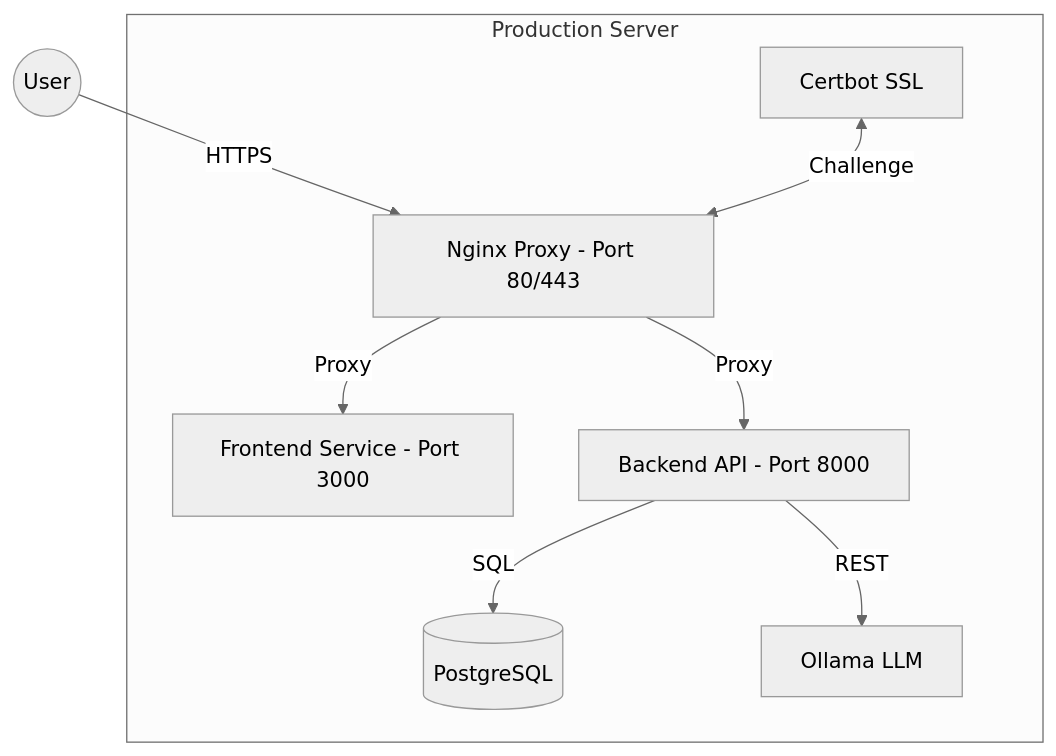
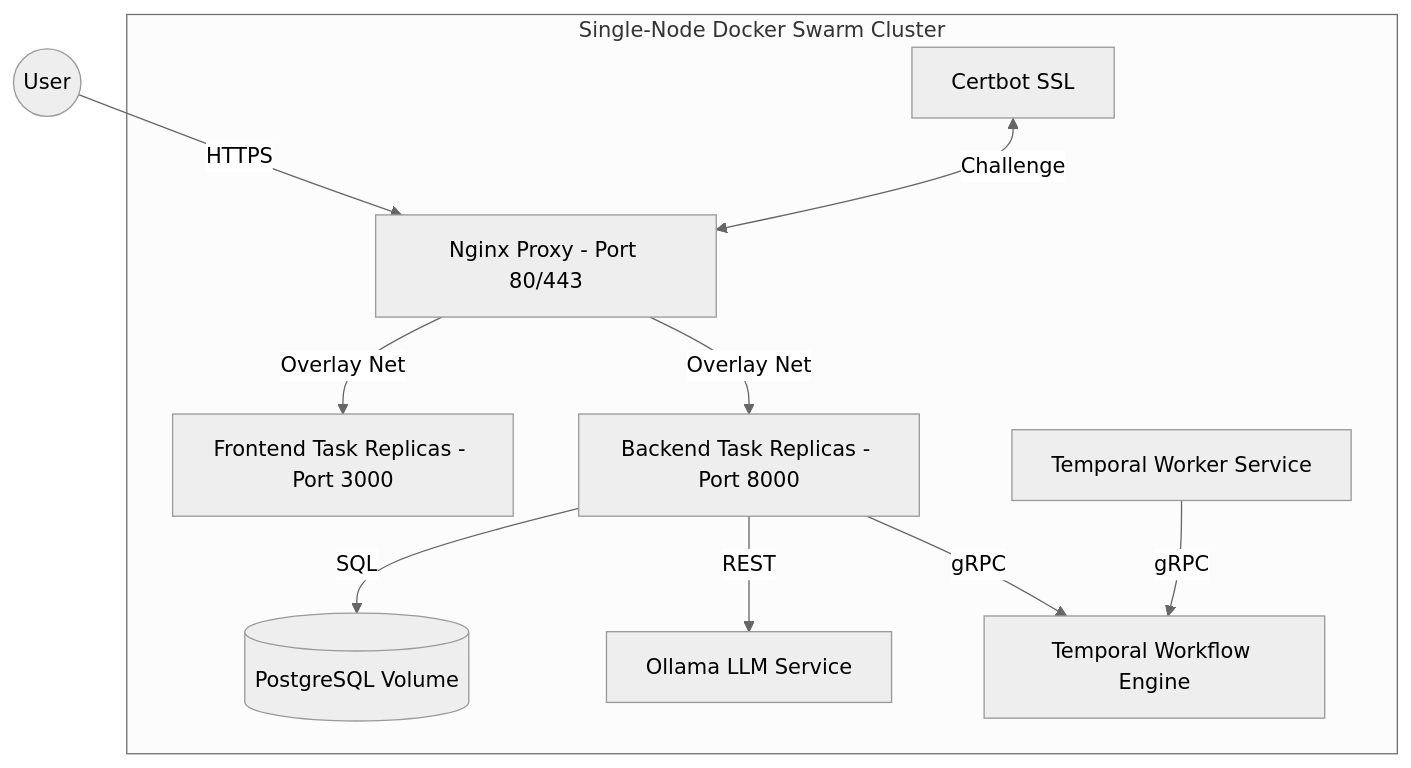
The diagram in docs/DEPLOYMENT.md (remitoudic/job_wizard), drawn with Mermaid (neutral theme) before and after one commit. The commit also changed other lines of this file and 1 other file, not shown here.

Commit message:
docs: update DEPLOYMENT.md and DEVELOPMENT.md for single-node Docker Swarm architecture

````diff
--- a/docs/DEPLOYMENT.md
+++ b/docs/DEPLOYMENT.md
@@ -9,19 +9,23 @@
 ```mermaid
 graph TD
     User((User))
-    subgraph "Production Server"
+    subgraph "Single-Node Docker Swarm Cluster"
         Nginx[Nginx Proxy - Port 80/443]
-        Frontend[Frontend Service - Port 3000]
-        Backend[Backend API - Port 8000]
-        Postgres[(PostgreSQL)]
-        Ollama[Ollama LLM]
+        Frontend[Frontend Task Replicas - Port 3000]
+        Backend[Backend Task Replicas - Port 8000]
+        Postgres[(PostgreSQL Volume)]
+        Ollama[Ollama LLM Service]
+        Temporal[Temporal Workflow Engine]
+        Worker[Temporal Worker Service]
         Certbot[Certbot SSL]
     end
 
     User -->|HTTPS| Nginx
-    Nginx -->|Proxy| Frontend
-    Nginx -->|Proxy| Backend
+    Nginx -->|Overlay Net| Frontend
+    Nginx -->|Overlay Net| Backend
     Backend -->|SQL| Postgres
     Backend -->|REST| Ollama
+    Backend -->|gRPC| Temporal
+    Worker -->|gRPC| Temporal
     Certbot <-->|Challenge| Nginx
 ```
````
